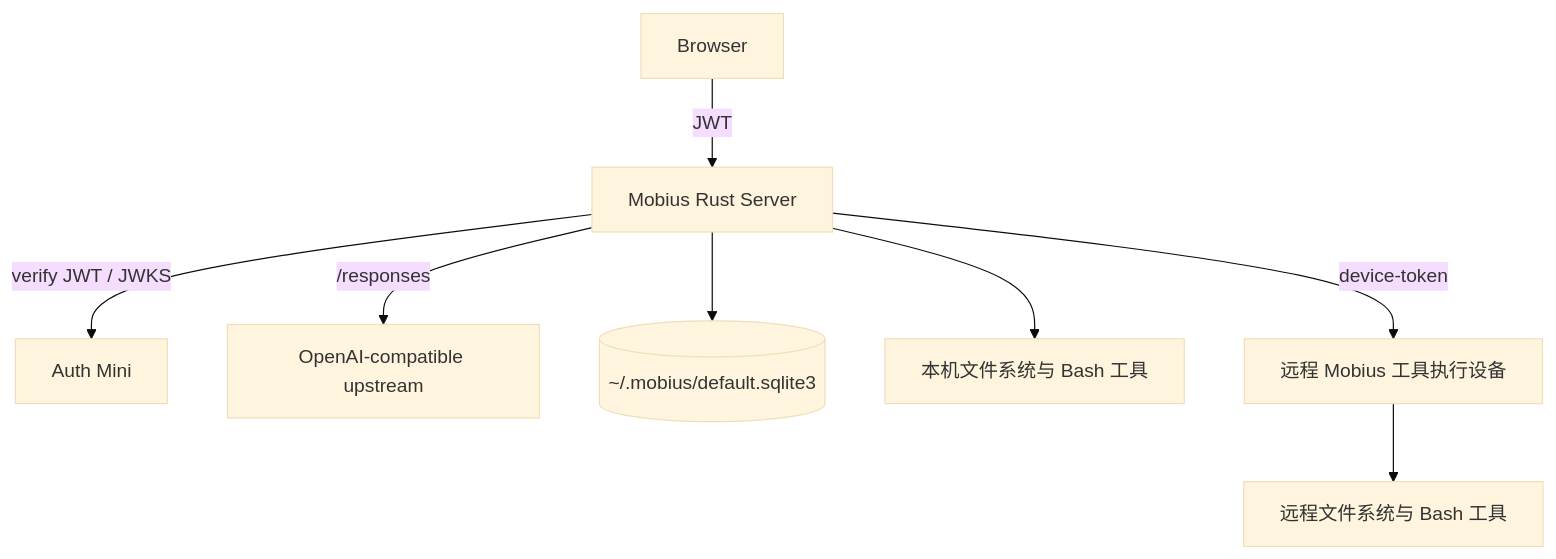
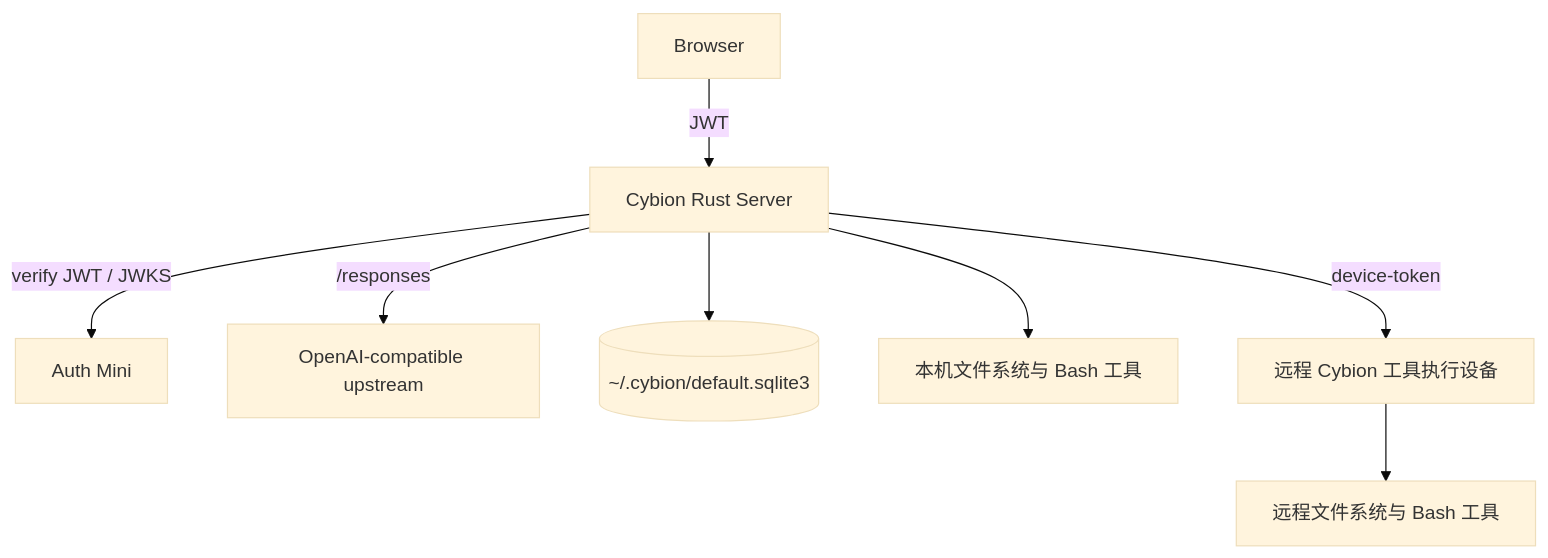
Before and after one commit to zccz14/cybion: the third of 3 diagrams in README.md, drawn with Mermaid (base theme). The commit also changed other lines of this file and 17 other files, not shown here.

````diff
--- a/README.md
+++ b/README.md
@@ -264,10 +264,10 @@
 ```mermaid
 flowchart TB
-  B["Browser"] -->|"JWT"| S["Mobius Rust Server"]
+  B["Browser"] -->|"JWT"| S["Cybion Rust Server"]
   S -->|"verify JWT / JWKS"| AM["Auth Mini"]
   S -->|"/responses"| O["OpenAI-compatible upstream"]
-  S --> DB[("~/.mobius/default.sqlite3")]
+  S --> DB[("~/.cybion/default.sqlite3")]
   S --> T["本机文件系统与 Bash 工具"]
-  S -->|"device-token"| P["远程 Mobius 工具执行设备"]
+  S -->|"device-token"| P["远程 Cybion 工具执行设备"]
   P --> PT["远程文件系统与 Bash 工具"]
 ```
````
